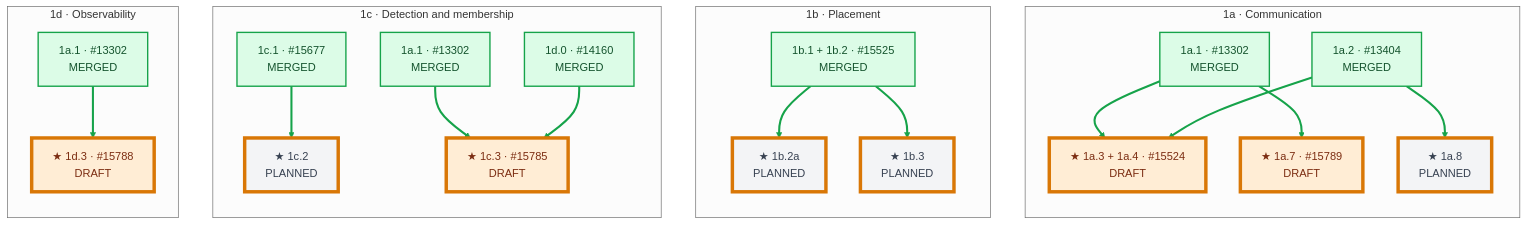
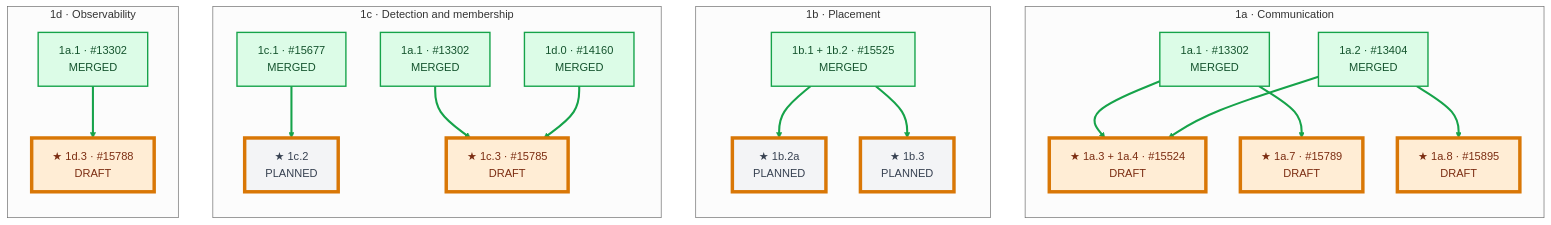
The first of 8 diagrams in docs/design/wide-ep-fault-tolerance/pr-execution/mvp-dependency-graph.md (chienchunhung/TensorRT-LLM), drawn with Mermaid (neutral theme) before and after one commit. The commit also changed other lines of this file and 7 other files, not shown here.

````diff
--- a/docs/design/wide-ep-fault-tolerance/pr-execution/mvp-dependency-graph.md
+++ b/docs/design/wide-ep-fault-tolerance/pr-execution/mvp-dependency-graph.md
@@ -40,56 +40,56 @@
 ```mermaid
 flowchart TB
     subgraph ACTION_COMM["1a · Communication"]
         direction TB
         A11_C["1a.1 · #13302<br/>MERGED"]
         A12_C["1a.2 · #13404<br/>MERGED"]
         A134["★ 1a.3 + 1a.4 · #15524<br/>DRAFT"]
         A17["★ 1a.7 · #15789<br/>DRAFT"]
-        A18["★ 1a.8<br/>PLANNED"]
+        A18["★ 1a.8 · #15895<br/>DRAFT"]
         A11_C --> A134
         A12_C --> A134
         A11_C --> A17
         A12_C --> A18
     end
 
     subgraph ACTION_PLACE["1b · Placement"]
         direction TB
         B112_P["1b.1 + 1b.2 · #15525<br/>MERGED"]
         B12A["★ 1b.2a<br/>PLANNED"]
         B13["★ 1b.3<br/>PLANNED"]
         B112_P --> B12A
         B112_P --> B13
     end
 
     subgraph ACTION_CONTROL["1c · Detection and membership"]
         direction TB
         A11_C2["1a.1 · #13302<br/>MERGED"]
         D10_C["1d.0 · #14160<br/>MERGED"]
         C11["1c.1 · #15677<br/>MERGED"]
         C12["★ 1c.2<br/>PLANNED"]
         C13["★ 1c.3 · #15785<br/>DRAFT"]
         C11 --> C12
         A11_C2 --> C13
         D10_C --> C13
     end
 
     subgraph ACTION_LIFECYCLE["1d · Observability"]
         direction TB
         A11_D["1a.1 · #13302<br/>MERGED"]
         D13["★ 1d.3 · #15788<br/>DRAFT"]
         A11_D --> D13
     end
 
     linkStyle default stroke:#16a34a,stroke-width:3px;
 
     classDef merged fill:#dcfce7,stroke:#16a34a,color:#14532d,stroke-width:2px;
     classDef draft fill:#ffedd5,stroke:#f97316,color:#7c2d12,stroke-width:2px;
     classDef reviewing fill:#dbeafe,stroke:#2563eb,color:#1e3a8a,stroke-width:2px;
     classDef planned fill:#f3f4f6,stroke:#6b7280,color:#374151,stroke-dasharray:5 5;
     classDef candidate stroke:#d97706,stroke-width:5px,stroke-dasharray:0;
 
     class A11_C,A12_C,B112_P,A11_C2,D10_C,C11,A11_D merged;
-    class A134,A17,C13,D13 draft;
-    class A18,B12A,B13,C12 planned;
+    class A134,A17,A18,C13,D13 draft;
+    class B12A,B13,C12 planned;
     class A134,A17,A18,B12A,B13,C12,C13,D13 candidate;
 ```
````
